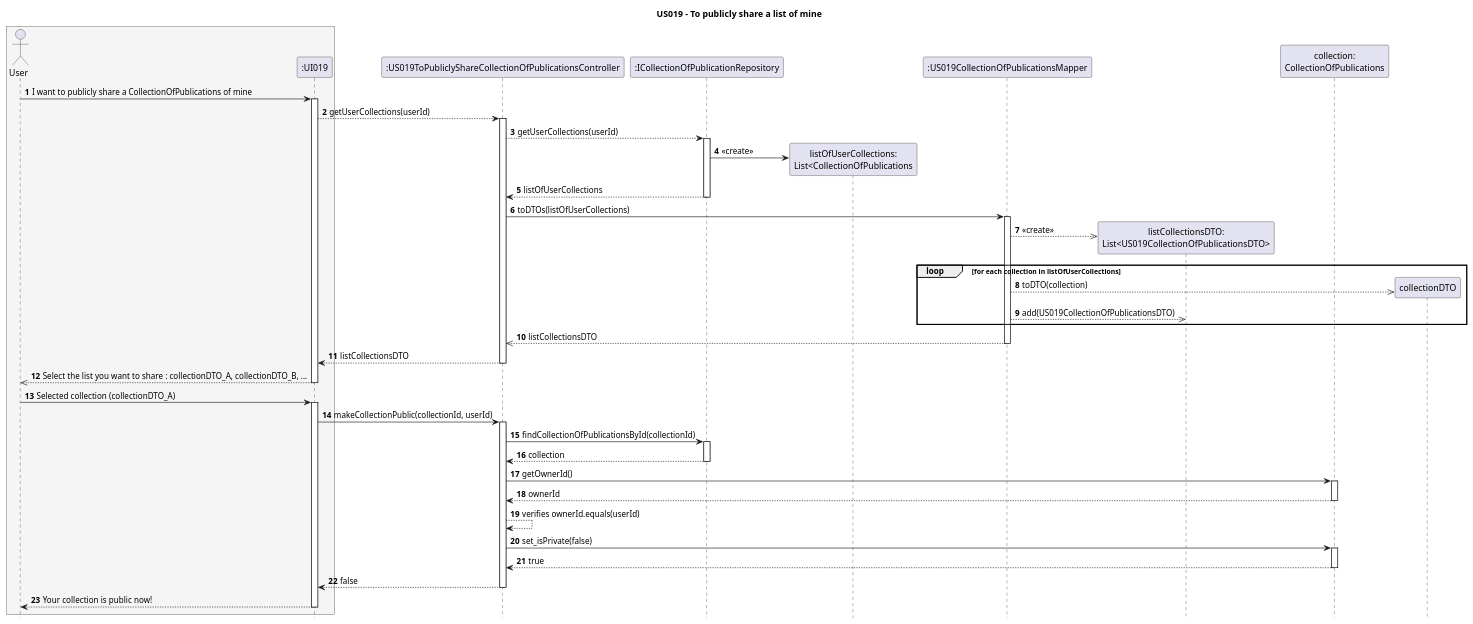
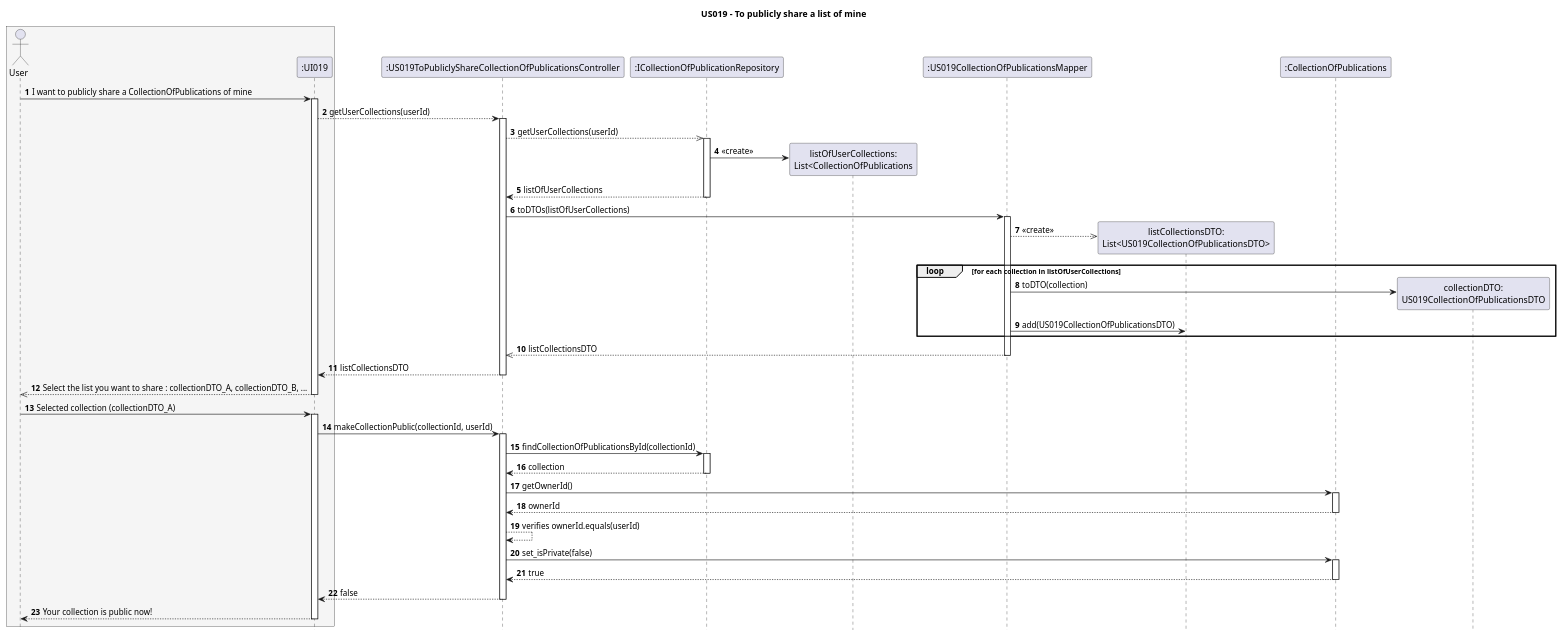
Before and after one commit to AndrePereiraGitH/SWitCH-Project-Team_A: the diagram in Diagrams/SequenceDiagrams/N2/US019-to-publicly-share-a-list.puml, drawn with PlantUML. The commit also changed 1 other file, not shown here.

Commit message:
Working on #602, fixed inconsistencies between class and sequence diagrams

```diff
--- a/Diagrams/SequenceDiagrams/N2/US019-to-publicly-share-a-list.puml
+++ b/Diagrams/SequenceDiagrams/N2/US019-to-publicly-share-a-list.puml
@@ -1,82 +1,82 @@
 @startuml
 
 hide footbox
 autonumber
 
 title US019 - To publicly share a list of mine
 
 box #WhiteSmoke
 actor User
 participant ":UI019" as UI
 end box
 
 participant ":US019ToPubliclyShareCollectionOfPublicationsController" as Controller
 participant ":ICollectionOfPublicationRepository" as CollectionRepository
 participant "listOfUserCollections:\nList<CollectionOfPublications" as LUC
 participant ":US019CollectionOfPublicationsMapper" as Mapper
 participant "listCollectionsDTO:\nList<US019CollectionOfPublicationsDTO>" as listCollectionsDTO
-participant "collection:\nCollectionOfPublications" as Collection
+participant ":CollectionOfPublications" as Collection
 
 ' == Section 1 - get user colllections ==
 User -> UI : I want to publicly share a CollectionOfPublications of mine
 activate UI
 UI --> Controller: getUserCollections(userId)
 
 activate Controller
 
-Controller --> CollectionRepository: getUserCollections(userId)
+Controller -->> CollectionRepository: getUserCollections(userId)
 activate CollectionRepository
 CollectionRepository -> LUC ** : «create»
 CollectionRepository --> Controller: listOfUserCollections
 deactivate CollectionRepository
 
 Controller -> Mapper : toDTOs(listOfUserCollections)
 activate Mapper
 Mapper  -->> listCollectionsDTO ** : «create»
 
     loop for each collection in listOfUserCollections
-        Mapper -->> collectionDTO ** : toDTO(collection)
-        Mapper -->> listCollectionsDTO : add(US019CollectionOfPublicationsDTO)
+        Mapper -> "collectionDTO:\nUS019CollectionOfPublicationsDTO" ** : toDTO(collection)
+        Mapper -> listCollectionsDTO : add(US019CollectionOfPublicationsDTO)
     end
     Mapper  -->> Controller : listCollectionsDTO
 deactivate Mapper
 
 Controller --> UI : listCollectionsDTO
 deactivate Controller
 
 UI -->> User : Select the list you want to share : collectionDTO_A, collectionDTO_B, ...
 deactivate UI
 
 ' == Section 2 - Make collection public ==
 User -> UI : Selected collection (collectionDTO_A)
 activate UI
 UI -> Controller : makeCollectionPublic(collectionId, userId)
 
 
 activate Controller
 
 Controller -> CollectionRepository : findCollectionOfPublicationsById(collectionId)
 activate CollectionRepository
 CollectionRepository --> Controller : collection
 deactivate CollectionRepository
 
 Controller -> Collection : getOwnerId()
 activate Collection
 Collection --> Controller : ownerId
 deactivate Collection
 
 Controller --> Controller : verifies ownerId.equals(userId)
 
 Controller -> Collection : set_isPrivate(false)
 activate Collection
 Collection --> Controller : true
 deactivate Collection
 
 Controller --> UI : false
 deactivate Controller
 
 UI --> User: Your collection is public now!
 
 deactivate UI
 
 @enduml
```
